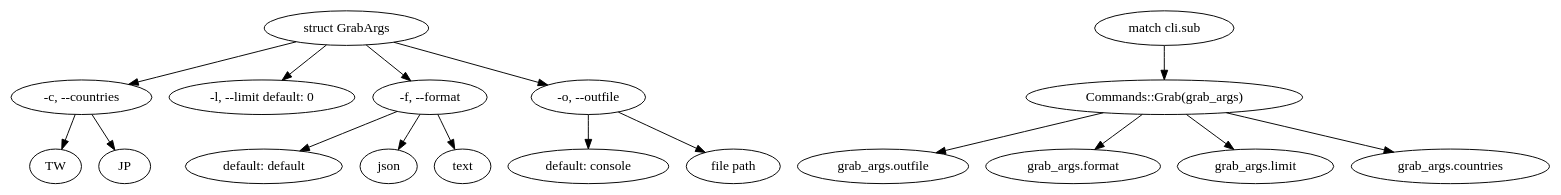
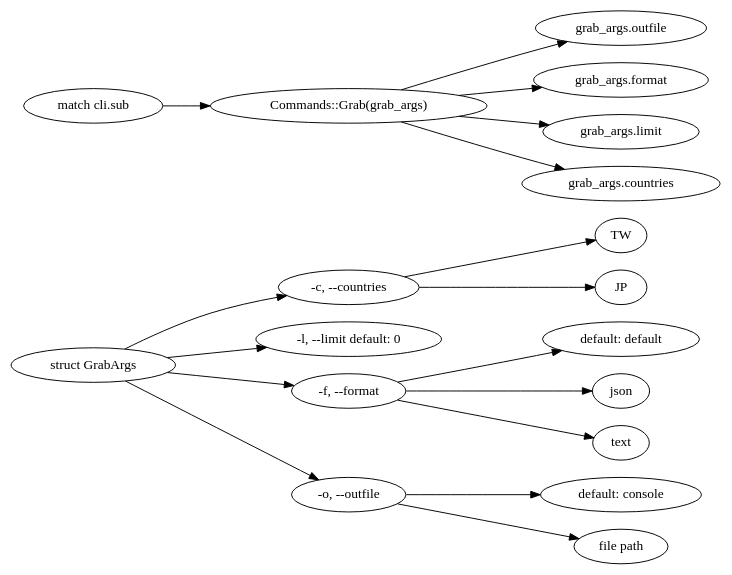
Before and after one commit to softtiny/proxy.rs: the diagram in docs/cli/grabargs.a.dot, drawn with Graphviz. The commit also changed 12 other files, not shown here.

```diff
--- a/docs/cli/grabargs.a.dot
+++ b/docs/cli/grabargs.a.dot
@@ -1,25 +1,28 @@
 digraph {
+    graph [ 
+        rankdir=LR,
+    ]
     "grab" [label="struct GrabArgs"]
     "countries" [label="-c, --countries"]
     "limit" [label="-l, --limit default: 0"]
     "format" [label="-f, --format"]
     "outfile" [label="-o, --outfile"]
     "grab" -> "countries"
     "grab" -> "limit"
     "grab" -> "format"
     "grab" -> "outfile"
     "countries" -> "TW"
     "countries" -> "JP"
     "format" -> "default: default"
     "format" -> "json"
     "format" -> "text"
     "outfile" -> "default: console"
     "outfile" -> "file path"
 
     "grab_args" [label="Commands::Grab(grab_args)"]
     "match cli.sub" -> "grab_args" 
     "grab_args" -> "grab_args.outfile"
     "grab_args" -> "grab_args.format"
     "grab_args" -> "grab_args.limit"
     "grab_args" -> "grab_args.countries"
 }
```
